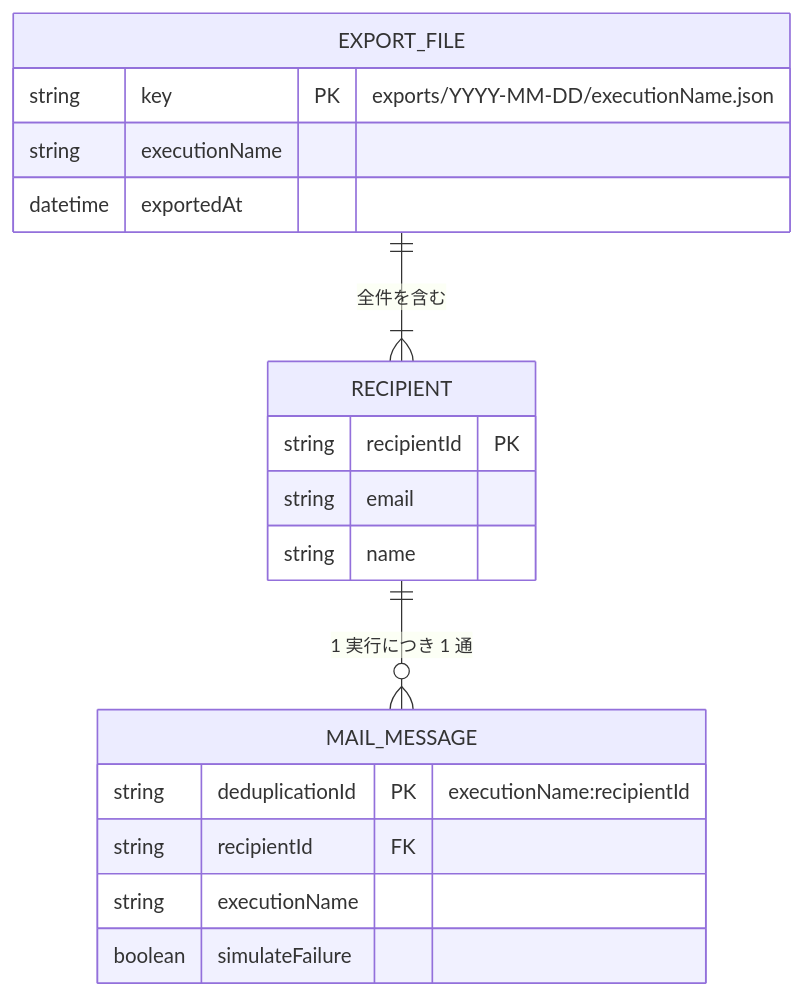
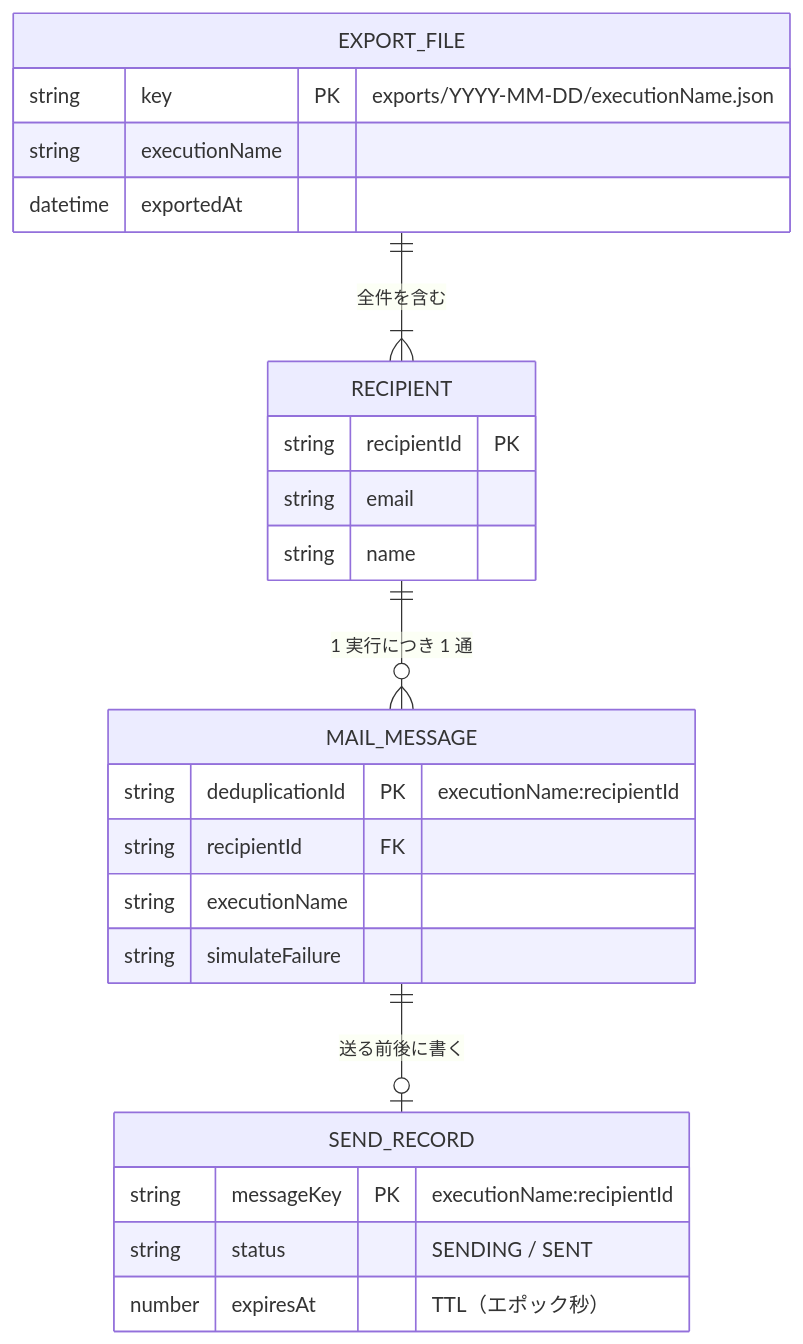
One commit to kojikawazu/serverless-practice-app changed the first of 2 diagrams in docs/05-data-specification.md. Above: the diagram before and after it, drawn with Mermaid. The commit also changed other lines of this file and 46 other files, not shown here.

````diff
--- a/docs/05-data-specification.md
+++ b/docs/05-data-specification.md
@@ -26,21 +27,27 @@
 ```mermaid
 erDiagram
     RECIPIENT ||--o{ MAIL_MESSAGE : "1 実行につき 1 通"
     EXPORT_FILE ||--|{ RECIPIENT : "全件を含む"
     RECIPIENT {
         string recipientId PK
         string email
         string name
     }
+    MAIL_MESSAGE ||--o| SEND_RECORD : "送る前後に書く"
     MAIL_MESSAGE {
         string deduplicationId PK "executionName:recipientId"
         string recipientId FK
         string executionName
-        boolean simulateFailure
+        string simulateFailure
+    }
+    SEND_RECORD {
+        string messageKey PK "executionName:recipientId"
+        string status "SENDING / SENT"
+        number expiresAt "TTL（エポック秒）"
     }
     EXPORT_FILE {
         string key PK "exports/YYYY-MM-DD/executionName.json"
         string executionName
         datetime exportedAt
     }
 ```
````
